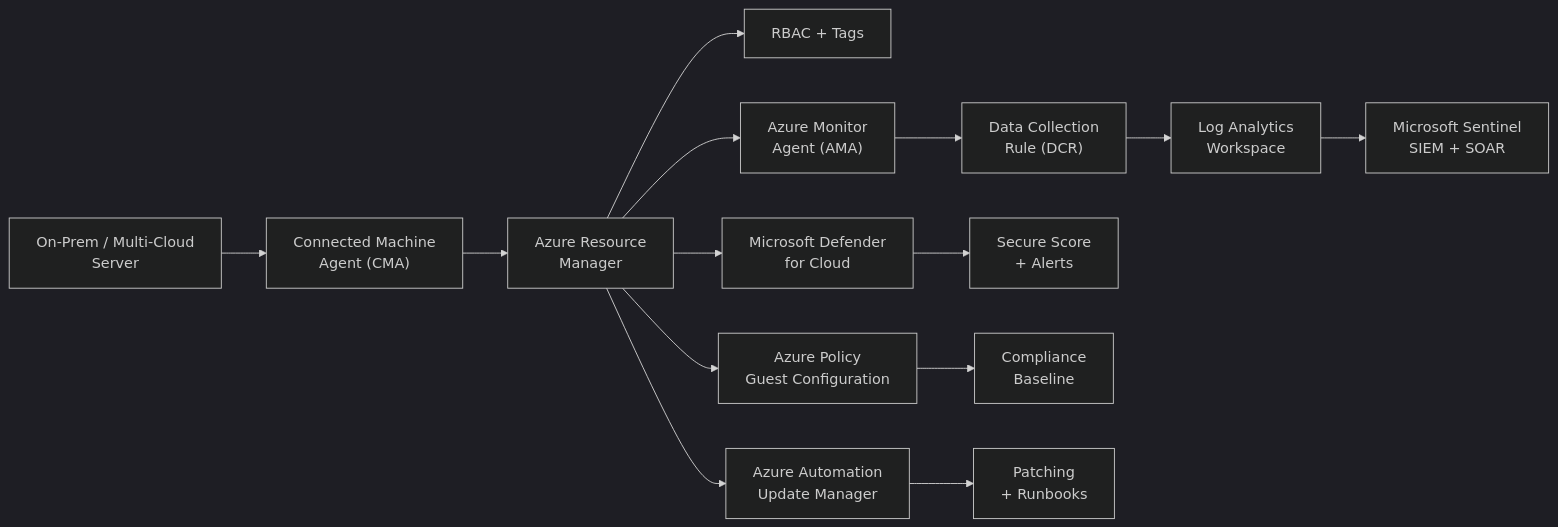
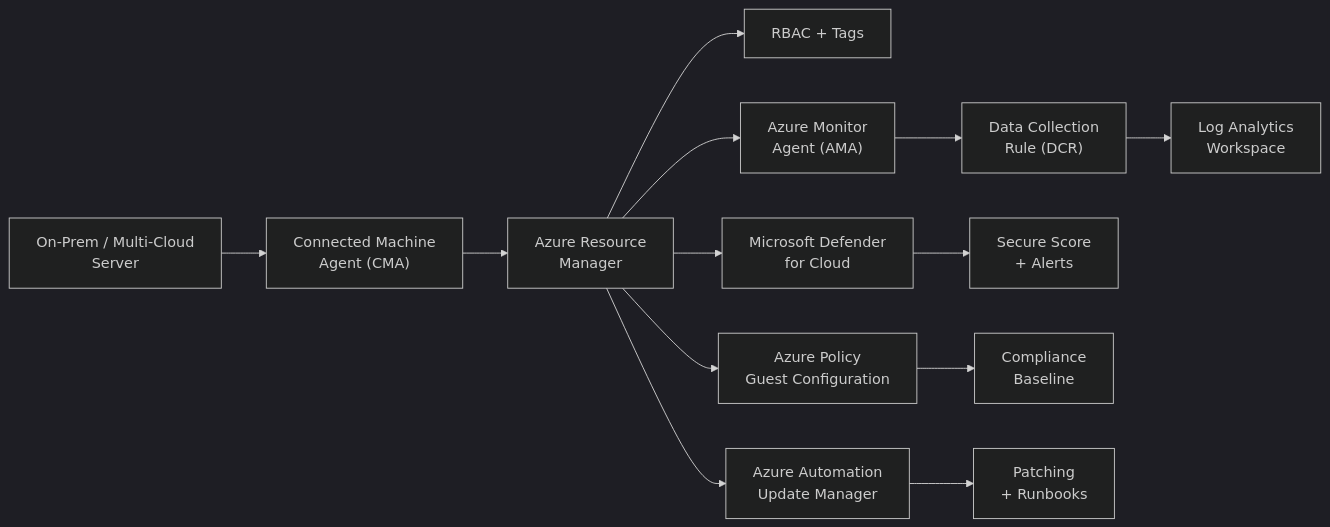
Before and after one commit to nkadwaikar/azure-hands-on-engineering: diagram 11 of 13 in Architecture Overview.md, drawn with Mermaid (dark theme). The commit also changed 5 other files, not shown here.

````diff
--- a/Architecture Overview.md
+++ b/Architecture Overview.md
@@ -174,16 +174,15 @@
 ```mermaid
 flowchart LR
     Server["On-Prem / Multi-Cloud\nServer"] --> CMA["Connected Machine\nAgent (CMA)"]
     CMA --> ARM["Azure Resource\nManager"]
     ARM --> RBAC["RBAC + Tags"]
     ARM --> AMA["Azure Monitor\nAgent (AMA)"]
     AMA --> DCR["Data Collection\nRule (DCR)"]
     DCR --> LAW["Log Analytics\nWorkspace"]
-    LAW --> Sentinel["Microsoft Sentinel\nSIEM + SOAR"]
     ARM --> MDC["Microsoft Defender\nfor Cloud"]
     MDC --> Score["Secure Score\n+ Alerts"]
     ARM --> Policy["Azure Policy\nGuest Configuration"]
     Policy --> Comply["Compliance\nBaseline"]
     ARM --> Auto["Azure Automation\nUpdate Manager"]
     Auto --> Patch["Patching\n+ Runbooks"]
 ```
````
